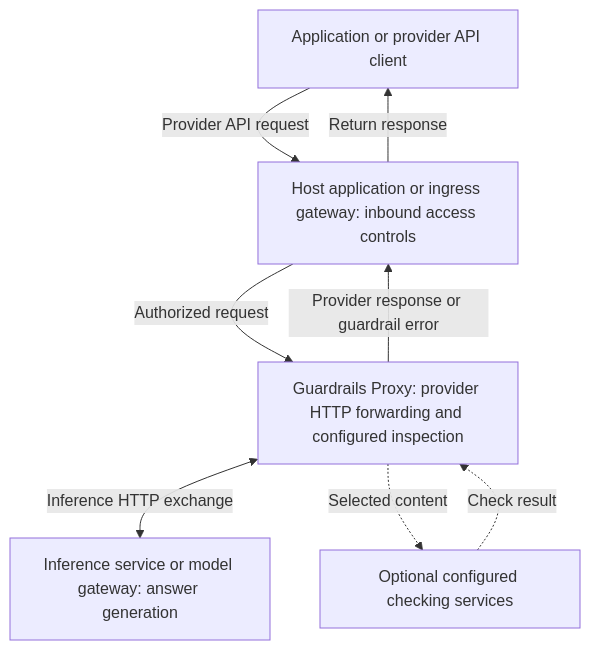
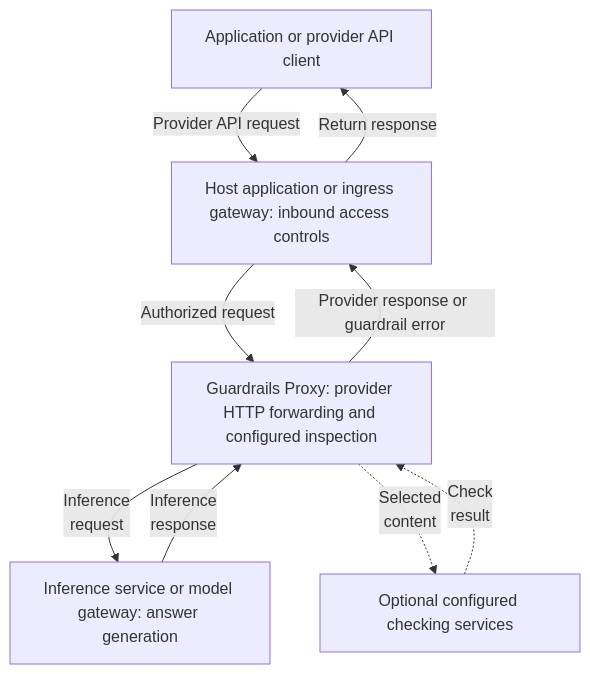
One commit to Pouyanpi/NeMo-Guardrails changed the first of 2 diagrams in guardrails-server/docs/architecture.mdx. Above: the diagram before and after it, drawn with Mermaid. The commit also changed other lines of this file and 2 other files, not shown here.

Commit message:
docs(proxy): clarify application outcomes and resource ownership

````diff
--- a/guardrails-server/docs/architecture.mdx
+++ b/guardrails-server/docs/architecture.mdx
@@ -29,15 +50,16 @@
 ```mermaid
 flowchart TB
     Client["Application or provider API client"]
     Access["Host application or ingress gateway: inbound access controls"]
     Proxy["Guardrails Proxy: provider HTTP forwarding and configured inspection"]
     Upstream["Inference service or model gateway: answer generation"]
     Services["Optional configured checking services"]
     Client -->|"Provider API request"| Access
     Access -->|"Authorized request"| Proxy
-    Proxy <-->|"Inference HTTP exchange"| Upstream
+    Proxy -->|"Inference<br/>request"| Upstream
+    Upstream -->|"Inference<br/>response"| Proxy
     Proxy -->|"Provider response or guardrail error"| Access
     Access -->|"Return response"| Client
-    Proxy -.->|"Selected content"| Services
-    Services -.->|"Check result"| Proxy
+    Proxy -.->|"Selected<br/>content"| Services
+    Services -.->|"Check<br/>result"| Proxy
 ```
````
